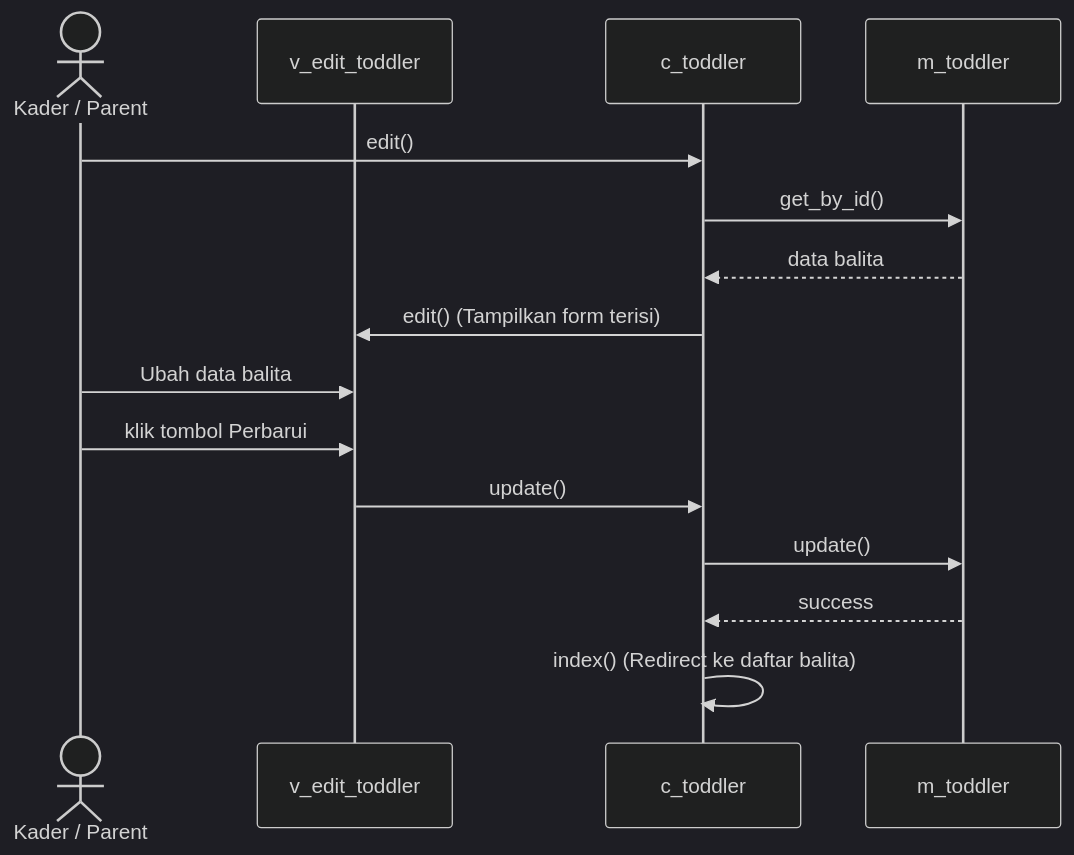
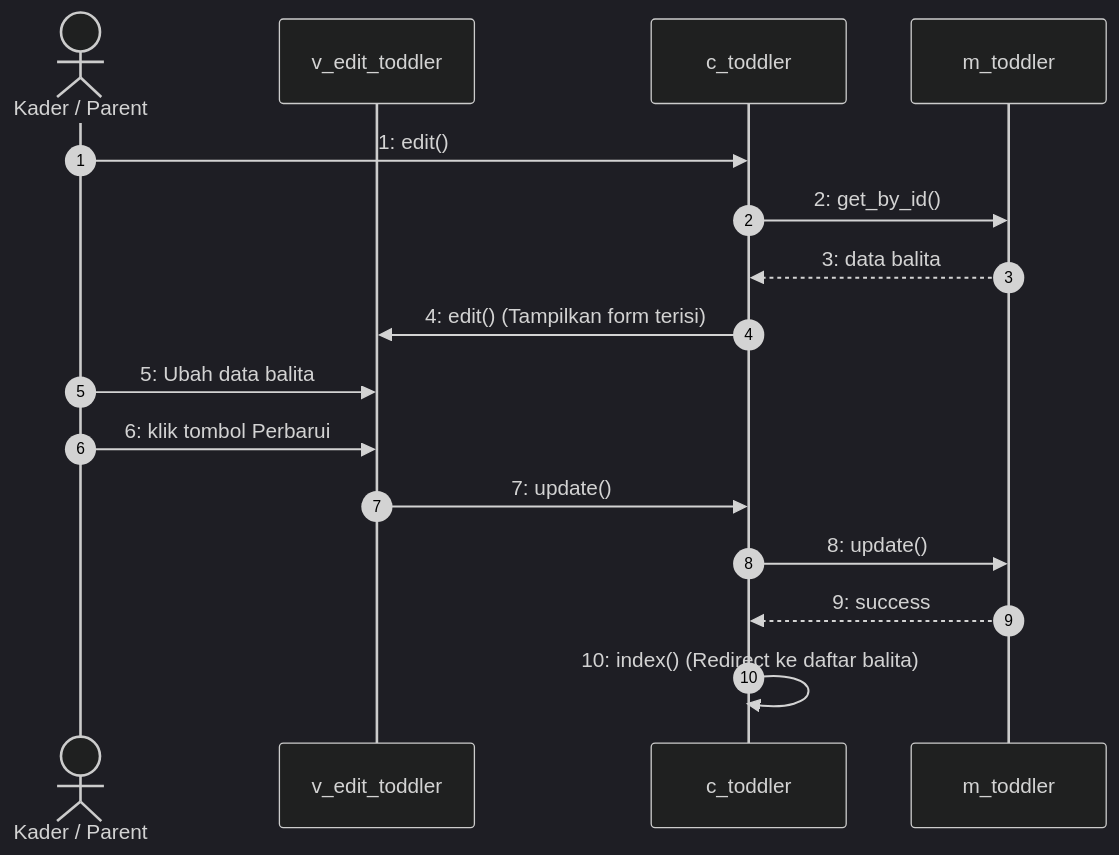
Before and after one commit to ahmadsanny2/posyandu-app: the ninth of 16 diagrams in plan-diagram.md, drawn with Mermaid (dark theme). The commit also changed other lines of this file, not shown here.

Commit message:
docs: add sequence diagram autonumbering and manual labels

````diff
--- a/plan-diagram.md
+++ b/plan-diagram.md
@@ -463,18 +465,19 @@
 ```mermaid
 sequenceDiagram
+    autonumber
     actor Kader as Kader / Parent
     participant Boundary as v_edit_toddler
     participant Control as c_toddler
     participant Entity as m_toddler
 
-    Kader->>Control: edit()
-    Control->>Entity: get_by_id()
-    Entity-->>Control: data balita
-    Control->>Boundary: edit() (Tampilkan form terisi)
-    Kader->>Boundary: Ubah data balita
-    Kader->>Boundary: klik tombol Perbarui
-    Boundary->>Control: update()
-    Control->>Entity: update()
-    Entity-->>Control: success
-    Control->>Control: index() (Redirect ke daftar balita)
+    Kader->>Control: 1: edit()
+    Control->>Entity: 2: get_by_id()
+    Entity-->>Control: 3: data balita
+    Control->>Boundary: 4: edit() (Tampilkan form terisi)
+    Kader->>Boundary: 5: Ubah data balita
+    Kader->>Boundary: 6: klik tombol Perbarui
+    Boundary->>Control: 7: update()
+    Control->>Entity: 8: update()
+    Entity-->>Control: 9: success
+    Control->>Control: 10: index() (Redirect ke daftar balita)
 ```
````
